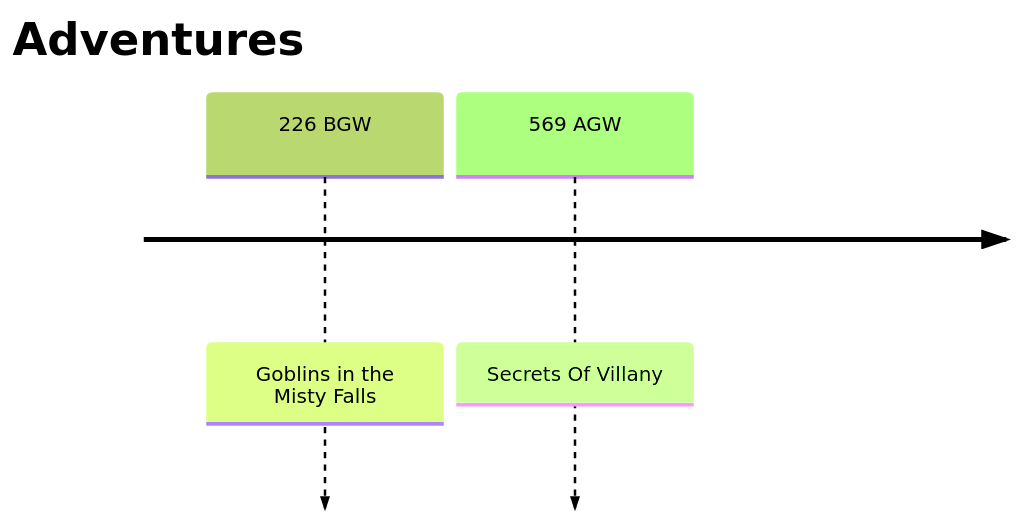
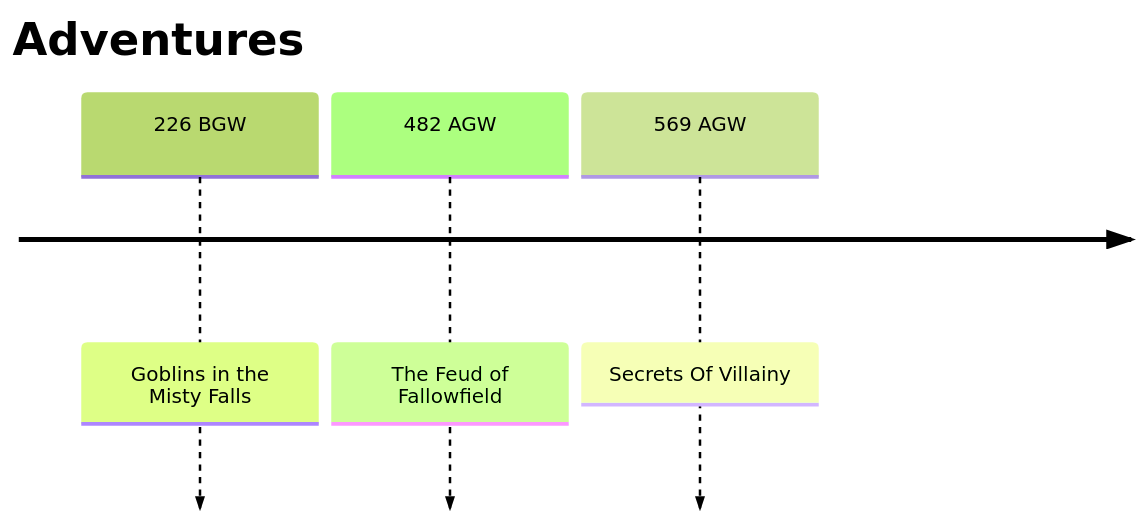
One commit to KrakenIsHere/The-Vineheart-Realm changed the fourth of 4 diagrams in 0. World/The Timelines.md. Above: the diagram before and after it, drawn with Mermaid. The commit also changed 19 other files, not shown here.

````diff
--- a/0. World/The Timelines.md
+++ b/0. World/The Timelines.md
@@ -51,8 +51,9 @@
 ```mermaid
 %%{init: {'theme':'forest'}}%%
 timeline
     title Adventures
 
 	226 BGW : Goblins in the Misty Falls
-    569 AGW : Secrets Of Villany
+    482 AGW : The Feud of Fallowfield
+    569 AGW : Secrets Of Villainy
 ```
````
